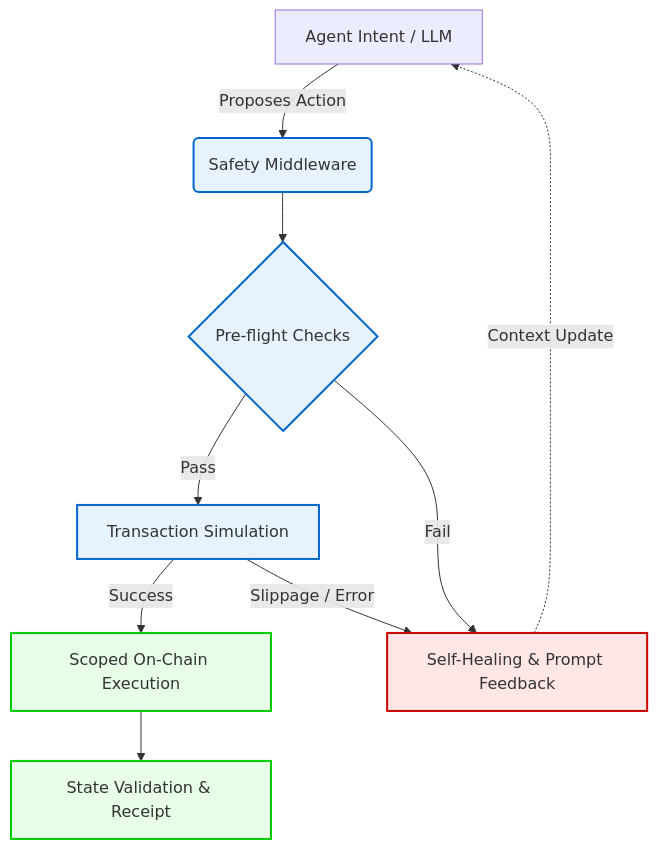
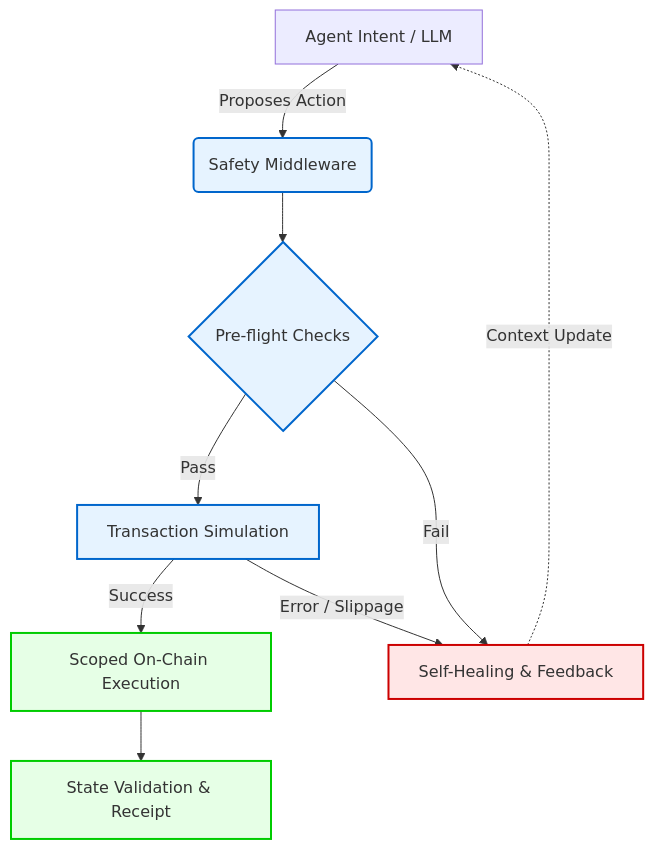
One commit to Cryptojigi/safe-onchain-agent-skill changed the diagram in README.md. Above: the diagram before and after it, drawn with Mermaid. The commit also changed other lines of this file, not shown here.

````diff
--- a/README.md
+++ b/README.md
@@ -40,19 +40,19 @@
 ```mermaid
 graph TD
     A[Agent Intent / LLM] -->|Proposes Action| B(Safety Middleware)
     B --> C{Pre-flight Checks}
     C -- Pass --> D[Transaction Simulation]
-    C -- Fail --> E[Self-Healing & Prompt Feedback]
+    C -- Fail --> E[Self-Healing & Feedback]
     D -- Success --> F[Scoped On-Chain Execution]
-    D -- Slippage / Error --> E
+    D -- Error / Slippage --> E
     F --> G[State Validation & Receipt]
     E -.->|Context Update| A
-    
+
     classDef secure fill:#e6f3ff,stroke:#0066cc,stroke-width:2px;
     classDef execute fill:#e6ffe6,stroke:#00cc00,stroke-width:2px;
     classDef error fill:#ffe6e6,stroke:#cc0000,stroke-width:2px;
-    
+
     class B,C,D secure;
     class F,G execute;
     class E error;
 ```
````
